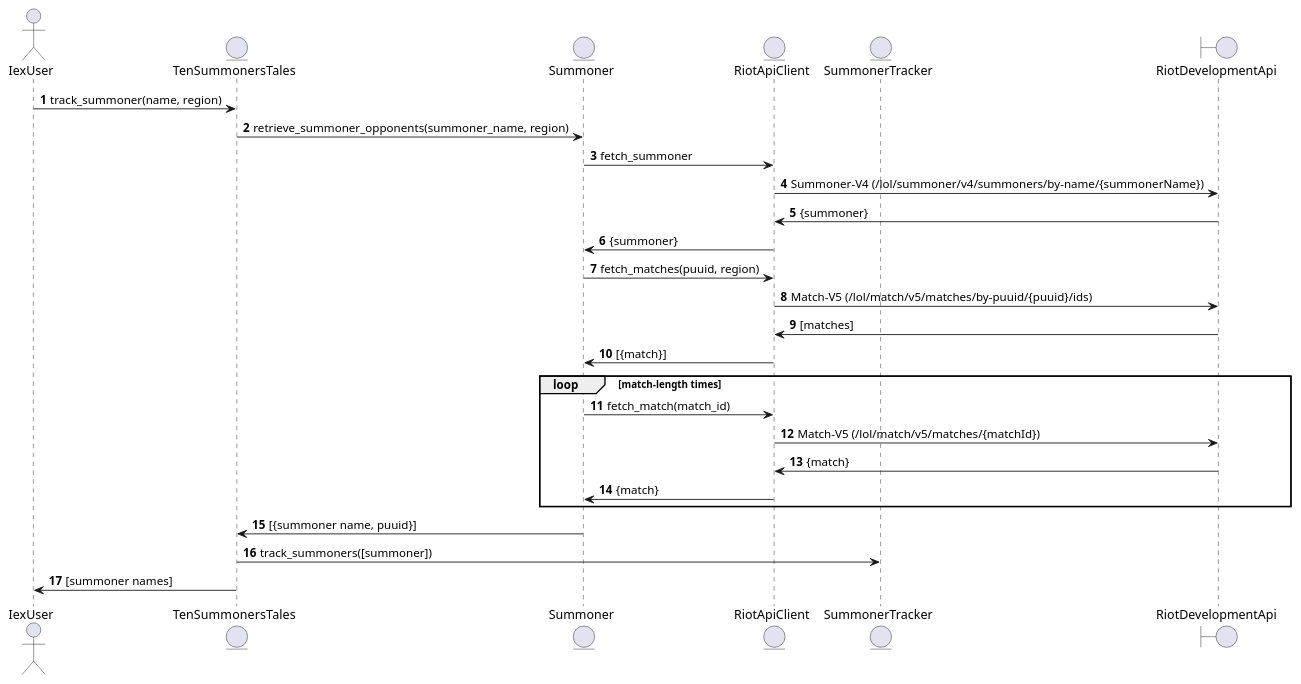
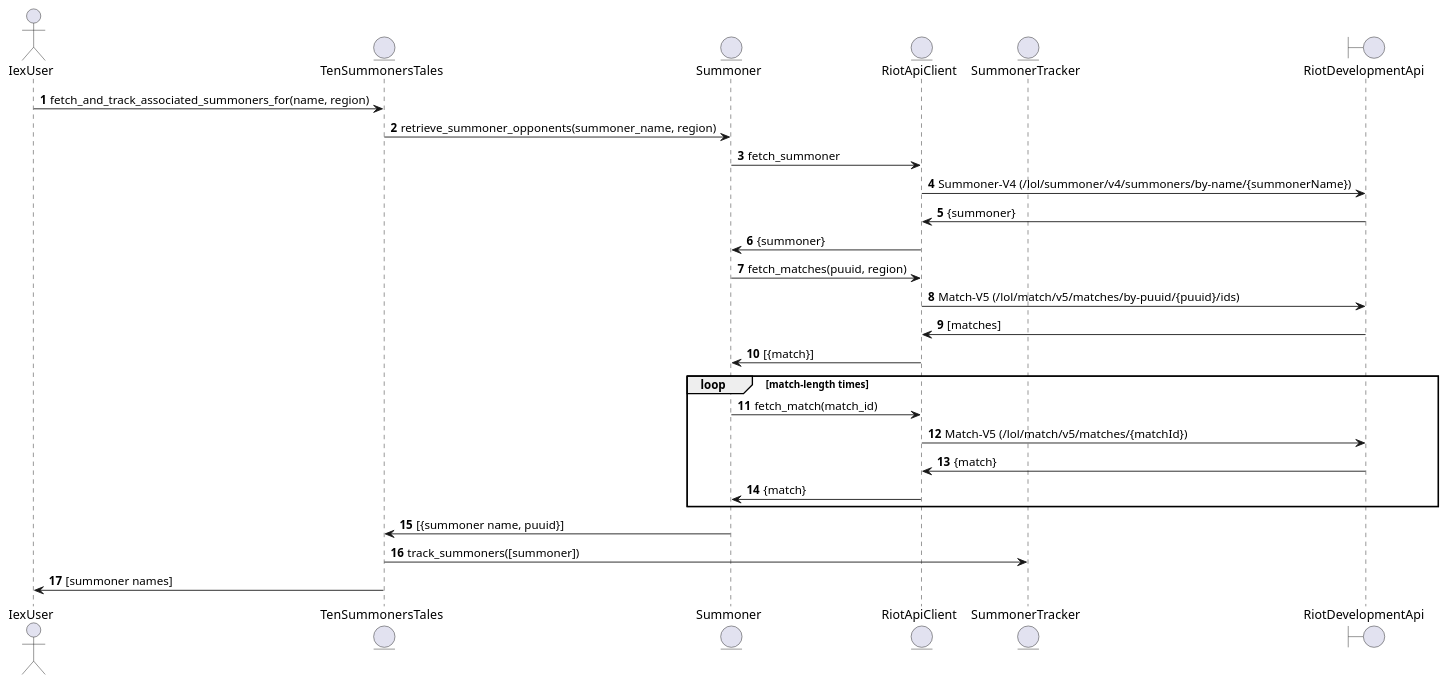
Before and after one commit to ciroque/ten_summoners_tales: the diagram in docs/summoner_lookup_sequence.puml, drawn with PlantUML. The commit also changed 3 other files, not shown here.

```diff
--- a/docs/summoner_lookup_sequence.puml
+++ b/docs/summoner_lookup_sequence.puml
@@ -1,37 +1,37 @@
 @startuml
 'https://plantuml.com/sequence-diagram
 
 autonumber
 
 actor IexUser
 entity TenSummonersTales
 entity Summoner
 entity RiotApiClient
 entity SummonerTracker
 boundary RiotDevelopmentApi
 
-IexUser -> TenSummonersTales : track_summoner(name, region)
+IexUser -> TenSummonersTales : fetch_and_track_associated_summoners_for(name, region)
 TenSummonersTales -> Summoner : retrieve_summoner_opponents(summoner_name, region)
 Summoner -> RiotApiClient : fetch_summoner
 RiotApiClient -> RiotDevelopmentApi : Summoner-V4 (/lol/summoner/v4/summoners/by-name/{summonerName})
 RiotApiClient <- RiotDevelopmentApi : {summoner}
 Summoner <- RiotApiClient : {summoner}
 Summoner -> RiotApiClient : fetch_matches(puuid, region)
 RiotApiClient -> RiotDevelopmentApi : Match-V5 (/lol/match/v5/matches/by-puuid/{puuid}/ids)
 RiotApiClient <- RiotDevelopmentApi : [matches]
 Summoner <- RiotApiClient : [{match}]
 
 loop match-length times
   Summoner -> RiotApiClient : fetch_match(match_id)
   RiotApiClient -> RiotDevelopmentApi : Match-V5 (/lol/match/v5/matches/{matchId})
   RiotApiClient <- RiotDevelopmentApi : {match}
   Summoner <- RiotApiClient : {match}
 end
 
 TenSummonersTales <- Summoner : [{summoner name, puuid}]
 
 TenSummonersTales -> SummonerTracker : track_summoners([summoner])
 
 IexUser <- TenSummonersTales : [summoner names]
 
 @enduml
```
